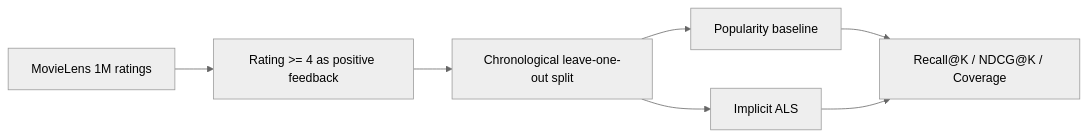
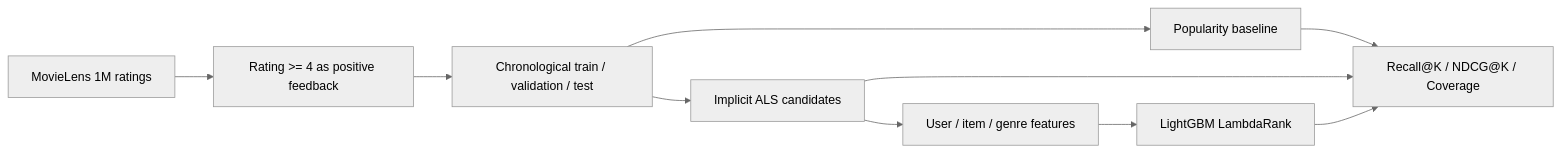
Before and after one commit to tfy20030726-spec/movie-recommendation-system: the diagram in README.md, drawn with Mermaid (neutral theme). The commit also changed other lines of this file and 9 other files, not shown here.

Commit message:
Add evaluated LightGBM reranking stage

````diff
--- a/README.md
+++ b/README.md
@@ -13,9 +13,12 @@
 ```mermaid
 flowchart LR
     A["MovieLens 1M ratings"] --> B["Rating >= 4 as positive feedback"]
-    B --> C["Chronological leave-one-out split"]
+    B --> C["Chronological train / validation / test"]
     C --> D["Popularity baseline"]
-    C --> E["Implicit ALS"]
-    D --> F["Recall@K / NDCG@K / Coverage"]
-    E --> F
+    C --> E["Implicit ALS candidates"]
+    E --> F["User / item / genre features"]
+    F --> G["LightGBM LambdaRank"]
+    D --> H["Recall@K / NDCG@K / Coverage"]
+    E --> H
+    G --> H
 ```
````
